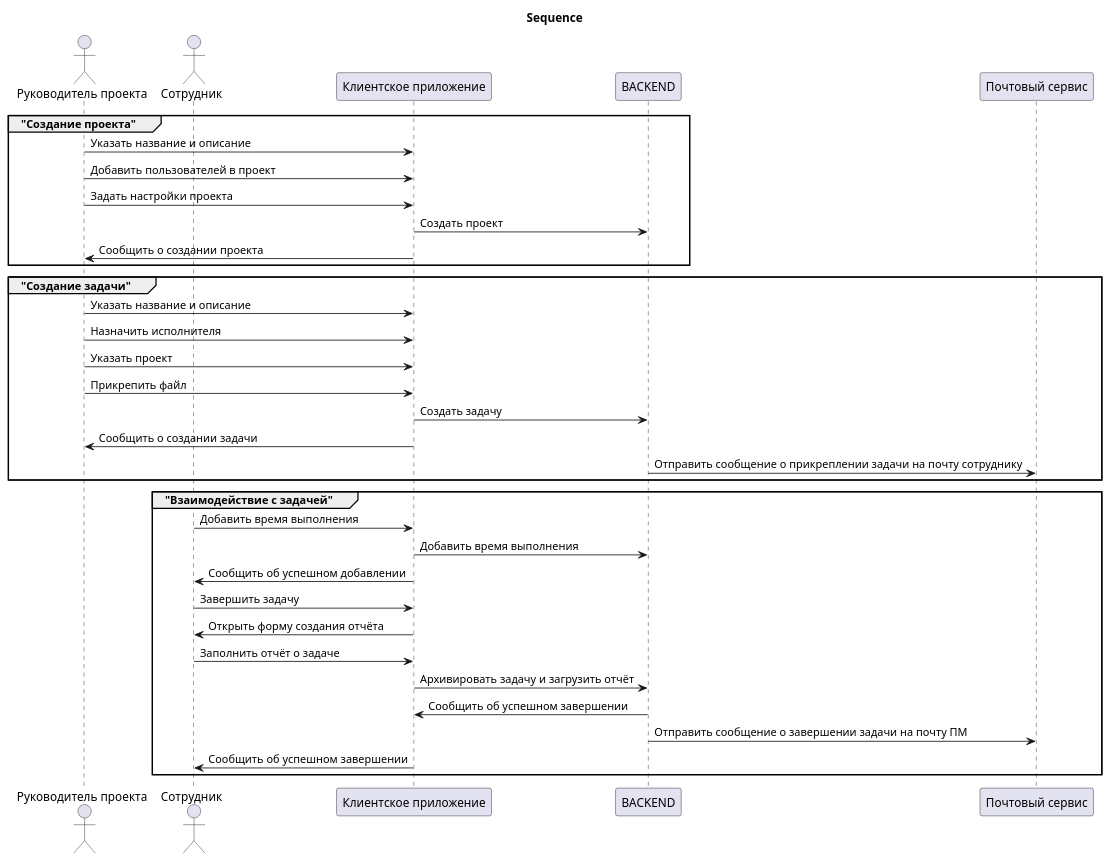
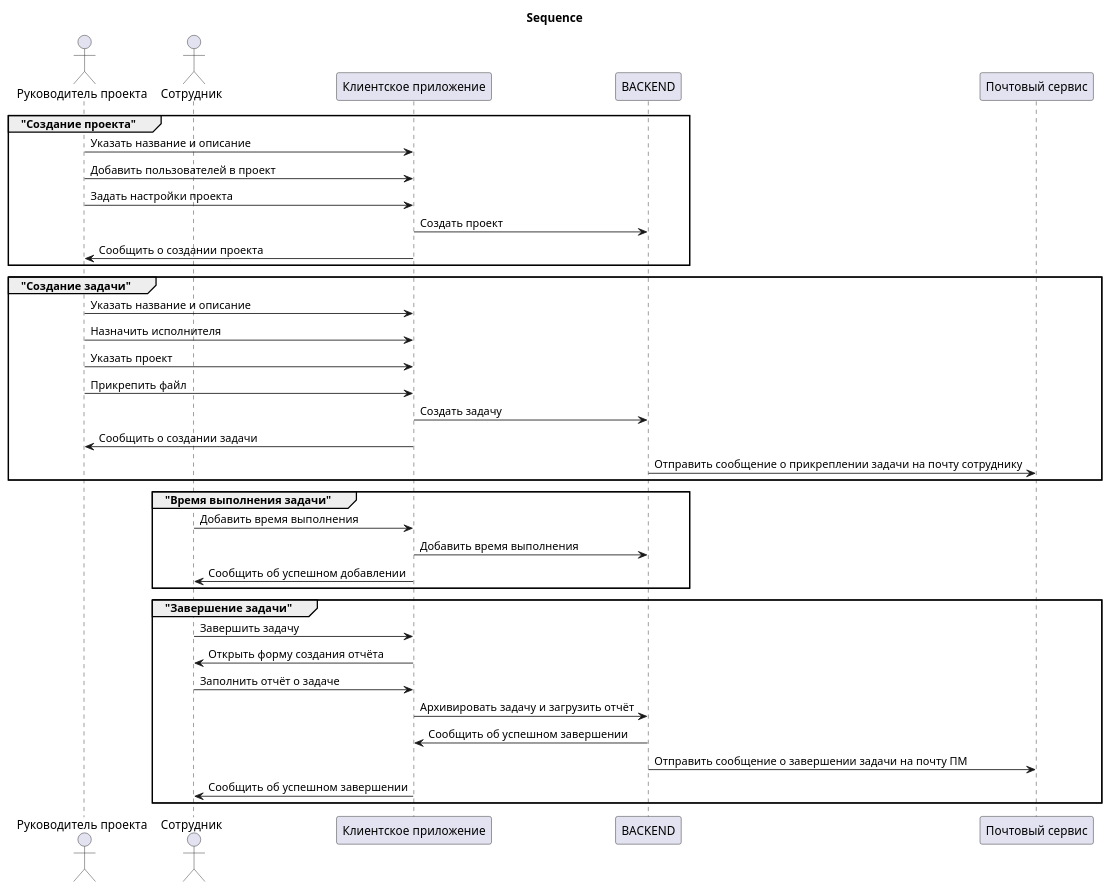
Before and after one commit to lich906/architectural-katas: the diagram in UML/sequence.puml, drawn with PlantUML.

Commit message:
добавил sequence

```diff
--- a/UML/sequence.puml
+++ b/UML/sequence.puml
@@ -1,40 +1,43 @@
 @startuml
 title Sequence
 
 actor        "Руководитель проекта"     as PM
 actor        Сотрудник                  as Employee
 participant  "Клиентское приложение"    as Frontend
 participant  BACKEND                    as Backend
 participant  "Почтовый сервис"          as Email
 
 group "Создание проекта"
 PM->Frontend:Указать название и описание
 PM->Frontend:Добавить пользователей в проект
 PM->Frontend:Задать настройки проекта
 Frontend->Backend:Создать проект
 Frontend->PM:Сообщить о создании проекта
 end
 
 group "Создание задачи"
 PM->Frontend:Указать название и описание
 PM->Frontend:Назначить исполнителя
 PM->Frontend:Указать проект
 PM->Frontend:Прикрепить файл
 Frontend->Backend:Создать задачу
 Frontend->PM:Сообщить о создании задачи
 Backend->Email: Отправить сообщение о прикреплении задачи на почту сотруднику
 end
 
-group "Взаимодействие с задачей"
+group "Время выполнения задачи"
 Employee->Frontend: Добавить время выполнения
 Frontend->Backend: Добавить время выполнения
 Frontend->Employee: Сообщить об успешном добавлении
+end
+
+group "Завершение задачи"
 Employee->Frontend: Завершить задачу
 Frontend->Employee: Открыть форму создания отчёта
 Employee->Frontend: Заполнить отчёт о задаче
 Frontend->Backend: Архивировать задачу и загрузить отчёт
 Backend->Frontend: Сообщить об успешном завершении
 Backend->Email: Отправить сообщение о завершении задачи на почту ПМ
 Frontend->Employee: Сообщить об успешном завершении
 end
 @enduml
```
